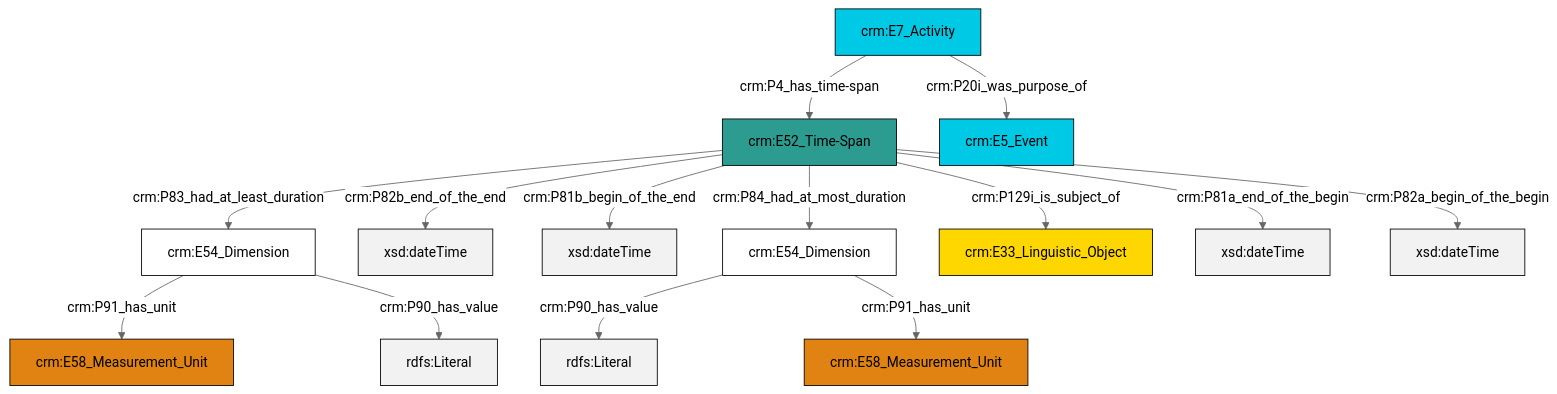
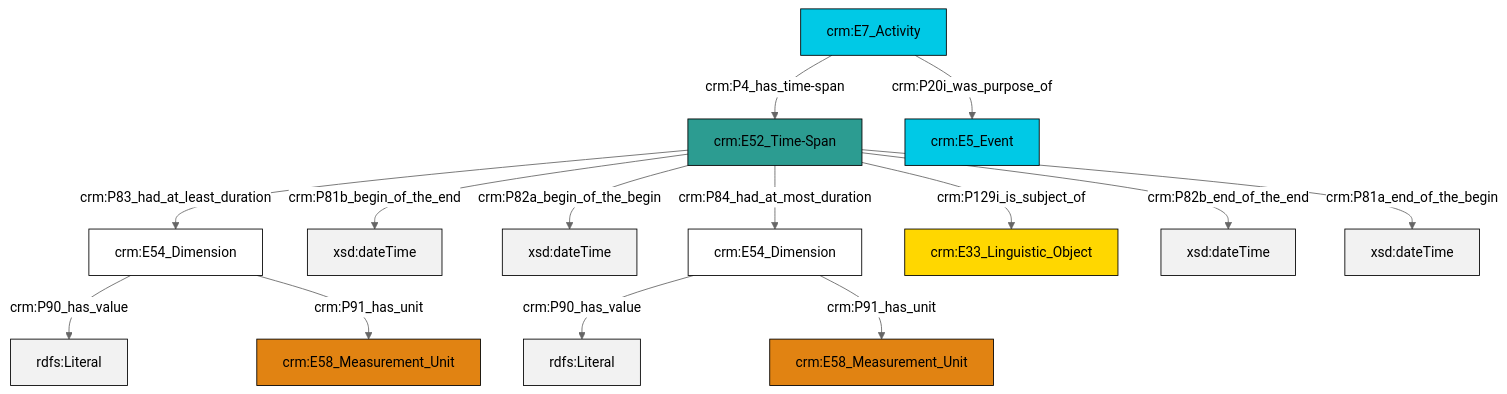
The diagram in et/eventCSV/ttl/mmd/event_existence.ttl.mmd (swiss-art-research-net/reference-data-models), drawn with Mermaid (neutral theme) before and after one commit. The commit also changed 122 other files, not shown here.

```diff
--- a/et/eventCSV/ttl/mmd/event_existence.ttl.mmd
+++ b/et/eventCSV/ttl/mmd/event_existence.ttl.mmd
@@ -1,28 +1,28 @@
 graph TD
 classDef Literal fill:#f2f2f2,stroke:#000000;
 classDef CRM_Entity fill:#FFFFFF,stroke:#000000;
 classDef Temporal_Entity fill:#00C9E6, stroke:#000000;
 classDef Type fill:#E18312, stroke:#000000;
 classDef Time-Span fill:#2C9C91, stroke:#000000;
 classDef Appellation fill:#FFEB7F, stroke:#000000;
 classDef Place fill:#008836, stroke:#000000;
 classDef Persistent_Item fill:#B266B2, stroke:#000000;
 classDef Conceptual_Object fill:#FFD700, stroke:#000000;
 classDef Physical_Thing fill:#D2B48C, stroke:#000000;
 classDef Actor fill:#f58aad, stroke:#000000;
 classDef PC_Classes fill:#4ce600, stroke:#000000;
 classDef Multi fill:#cccccc,stroke:#000000;
 
-0["crm:E7_Activity"]:::Temporal_Entity -->|crm:P4_has_time-span| 1["crm:E52_Time-Span"]:::Time-Span
-2["crm:E54_Dimension"]:::CRM_Entity -->|crm:P90_has_value| 3[rdfs:Literal]:::Literal
-1["crm:E52_Time-Span"]:::Time-Span -->|crm:P82b_end_of_the_end| 6[xsd:dateTime]:::Literal
-1["crm:E52_Time-Span"]:::Time-Span -->|crm:P81b_begin_of_the_end| 8[xsd:dateTime]:::Literal
-2["crm:E54_Dimension"]:::CRM_Entity -->|crm:P91_has_unit| 12["crm:E58_Measurement_Unit"]:::Type
-1["crm:E52_Time-Span"]:::Time-Span -->|crm:P83_had_at_least_duration| 13["crm:E54_Dimension"]:::CRM_Entity
-1["crm:E52_Time-Span"]:::Time-Span -->|crm:P129i_is_subject_of| 15["crm:E33_Linguistic_Object"]:::Conceptual_Object
-13["crm:E54_Dimension"]:::CRM_Entity -->|crm:P91_has_unit| 9["crm:E58_Measurement_Unit"]:::Type
-1["crm:E52_Time-Span"]:::Time-Span -->|crm:P81a_end_of_the_begin| 17[xsd:dateTime]:::Literal
-0["crm:E7_Activity"]:::Temporal_Entity -->|crm:P20i_was_purpose_of| 4["crm:E5_Event"]:::Temporal_Entity
-13["crm:E54_Dimension"]:::CRM_Entity -->|crm:P90_has_value| 18[rdfs:Literal]:::Literal
-1["crm:E52_Time-Span"]:::Time-Span -->|crm:P82a_begin_of_the_begin| 20[xsd:dateTime]:::Literal
-1["crm:E52_Time-Span"]:::Time-Span -->|crm:P84_had_at_most_duration| 2["crm:E54_Dimension"]:::CRM_Entity
+0["crm:E54_Dimension"]:::CRM_Entity -->|crm:P90_has_value| 1[rdfs:Literal]:::Literal
+2["crm:E52_Time-Span"]:::Time-Span -->|crm:P83_had_at_least_duration| 0["crm:E54_Dimension"]:::CRM_Entity
+2["crm:E52_Time-Span"]:::Time-Span -->|crm:P81b_begin_of_the_end| 3[xsd:dateTime]:::Literal
+2["crm:E52_Time-Span"]:::Time-Span -->|crm:P82a_begin_of_the_begin| 4[xsd:dateTime]:::Literal
+7["crm:E54_Dimension"]:::CRM_Entity -->|crm:P90_has_value| 8[rdfs:Literal]:::Literal
+10["crm:E7_Activity"]:::Temporal_Entity -->|crm:P4_has_time-span| 2["crm:E52_Time-Span"]:::Time-Span
+0["crm:E54_Dimension"]:::CRM_Entity -->|crm:P91_has_unit| 5["crm:E58_Measurement_Unit"]:::Type
+7["crm:E54_Dimension"]:::CRM_Entity -->|crm:P91_has_unit| 15["crm:E58_Measurement_Unit"]:::Type
+2["crm:E52_Time-Span"]:::Time-Span -->|crm:P82b_end_of_the_end| 16[xsd:dateTime]:::Literal
+2["crm:E52_Time-Span"]:::Time-Span -->|crm:P84_had_at_most_duration| 7["crm:E54_Dimension"]:::CRM_Entity
+2["crm:E52_Time-Span"]:::Time-Span -->|crm:P129i_is_subject_of| 11["crm:E33_Linguistic_Object"]:::Conceptual_Object
+10["crm:E7_Activity"]:::Temporal_Entity -->|crm:P20i_was_purpose_of| 17["crm:E5_Event"]:::Temporal_Entity
+2["crm:E52_Time-Span"]:::Time-Span -->|crm:P81a_end_of_the_begin| 21[xsd:dateTime]:::Literal
```
